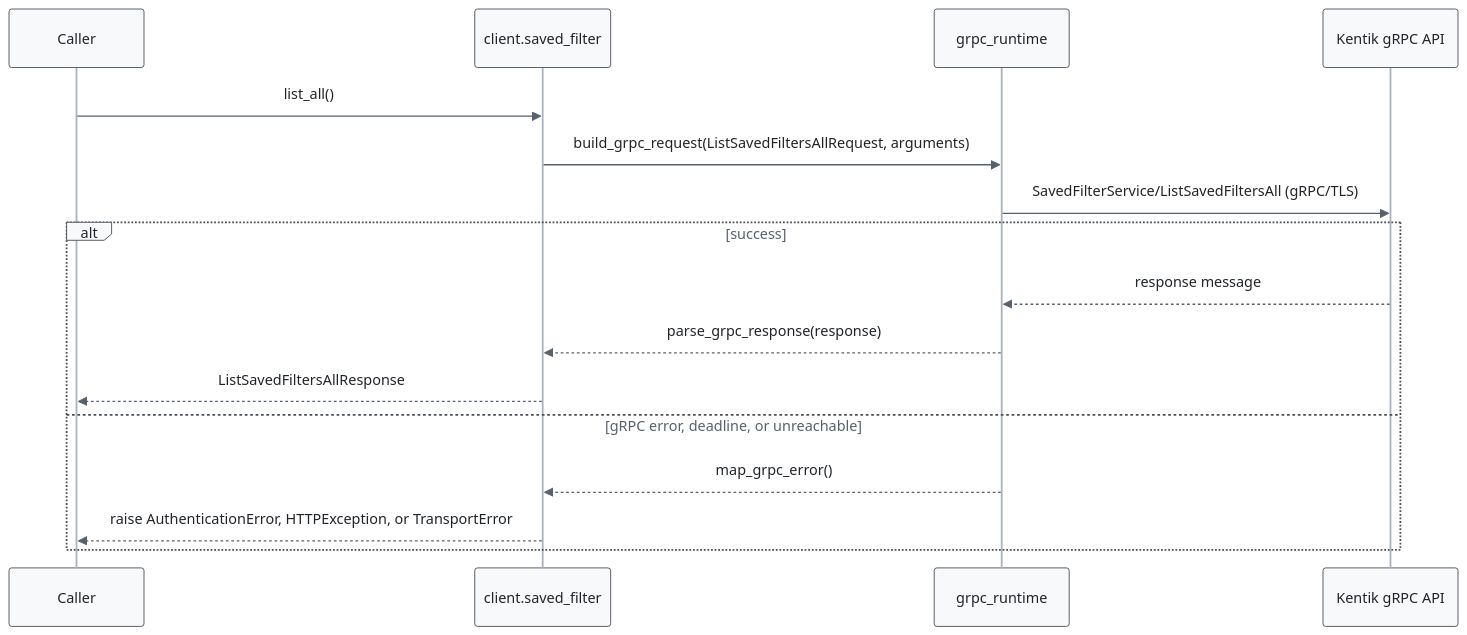
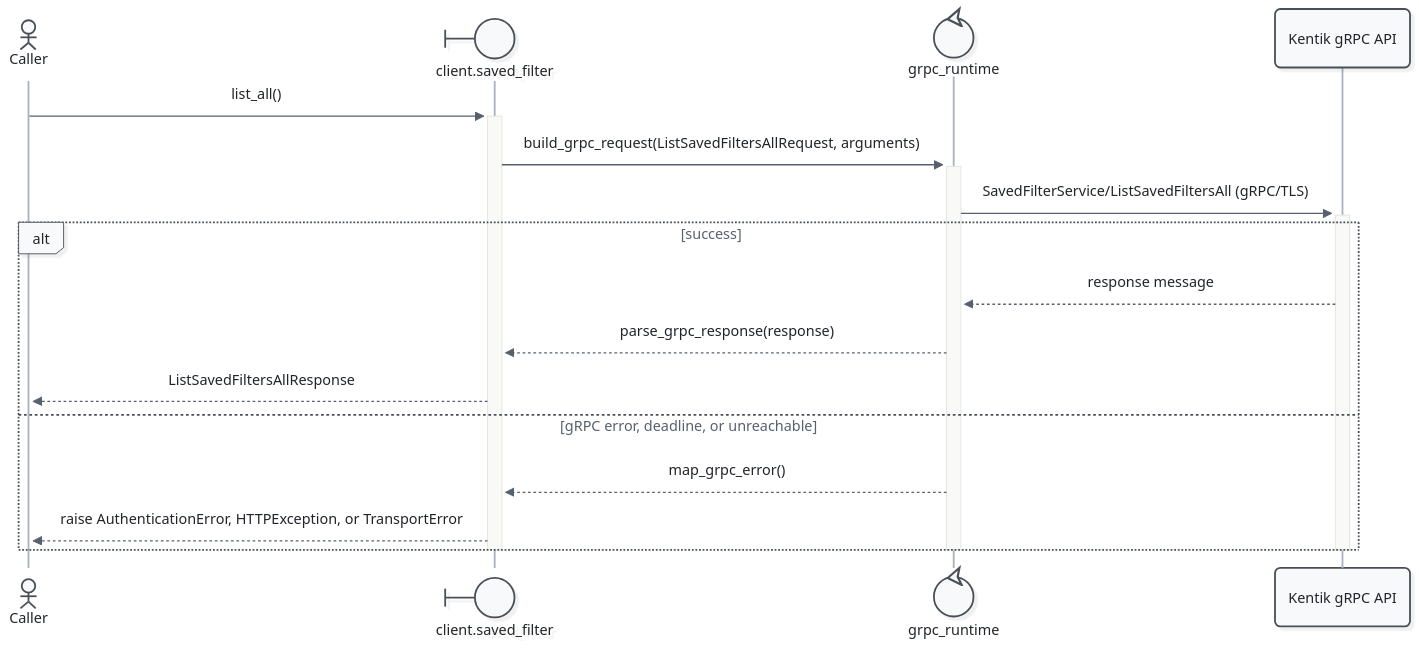
Diagram 12 of 13 in docs/sphinx/services/saved_filter.md (alexdearaujo/community_sdk_python), drawn with Mermaid before and after one commit. The commit also changed other lines of this file and 52 other files, not shown here.

First line of the commit message:
docs: Mermaid 12 sequence diagrams with participant types and path colors

````diff
--- a/docs/sphinx/services/saved_filter.md
+++ b/docs/sphinx/services/saved_filter.md
@@ -441,20 +468,23 @@
 ```mermaid
-%%{init: {"theme": "base", "fontFamily": "ui-monospace, SFMono-Regular, Menlo, monospace", "themeVariables": {"fontFamily": "ui-monospace, SFMono-Regular, Menlo, monospace", "primaryColor": "#f8f9fa", "primaryBorderColor": "#495057", "primaryTextColor": "#212529", "textColor": "#212529", "lineColor": "#77818c", "edgeLabelBackground": "#ffffff", "actorBkg": "#f8f9fa", "actorBorder": "#495057", "actorTextColor": "#212529", "actorLineColor": "#a9b3be", "signalColor": "#57616d", "signalTextColor": "#212529", "labelBoxBkgColor": "#f8f9fa", "labelBoxBorderColor": "#495057", "labelTextColor": "#212529", "loopTextColor": "#57616d", "noteBkgColor": "#fff9db", "noteBorderColor": "#f08c00", "noteTextColor": "#a35a00"}, "flowchart": {"curve": "step", "nodeSpacing": 30, "rankSpacing": 70, "wrappingWidth": 400}}}%%
+%%{init: {"theme": "redux", "look": "neo", "layout": "dagre", "fontFamily": "ui-monospace, SFMono-Regular, Menlo, monospace", "themeVariables": {"fontFamily": "ui-monospace, SFMono-Regular, Menlo, monospace", "primaryColor": "#f8f9fa", "primaryBorderColor": "#495057", "primaryTextColor": "#212529", "textColor": "#212529", "lineColor": "#77818c", "edgeLabelBackground": "#ffffff", "actorBkg": "#f8f9fa", "actorBorder": "#495057", "actorTextColor": "#212529", "actorLineColor": "#a9b3be", "signalColor": "#57616d", "signalTextColor": "#212529", "labelBoxBkgColor": "#f8f9fa", "labelBoxBorderColor": "#495057", "labelTextColor": "#212529", "loopTextColor": "#57616d", "noteBkgColor": "#fff9db", "noteBorderColor": "#f08c00", "noteTextColor": "#a35a00"}, "sequence": {"activationWidth": 16}, "flowchart": {"curve": "step", "nodeSpacing": 30, "rankSpacing": 70, "wrappingWidth": 400}}}%%
 sequenceDiagram
-    participant C as Caller
-    participant W as client.saved_filter
-    participant R as grpc_runtime
+    actor C as Caller
+    participant W@{ "type": "boundary" } as client.saved_filter
+    participant R@{ "type": "control" } as grpc_runtime
     participant API as Kentik gRPC API
 
-    C->>W: list_all()
-    W->>R: build_grpc_request(ListSavedFiltersAllRequest, arguments)
-    R->>API: SavedFilterService/ListSavedFiltersAll (gRPC/TLS)
+    C->>+W: list_all()
+    W->>+R: build_grpc_request(ListSavedFiltersAllRequest, arguments)
+    R->>+API: SavedFilterService/ListSavedFiltersAll (gRPC/TLS)
     alt success
         API-->>R: response message
         R-->>W: parse_grpc_response(response)
         W-->>C: ListSavedFiltersAllResponse
     else gRPC error, deadline, or unreachable
         R-->>W: map_grpc_error()
         W-->>C: raise AuthenticationError, HTTPException, or TransportError
     end
+    deactivate API
+    deactivate R
+    deactivate W
 ```
````
